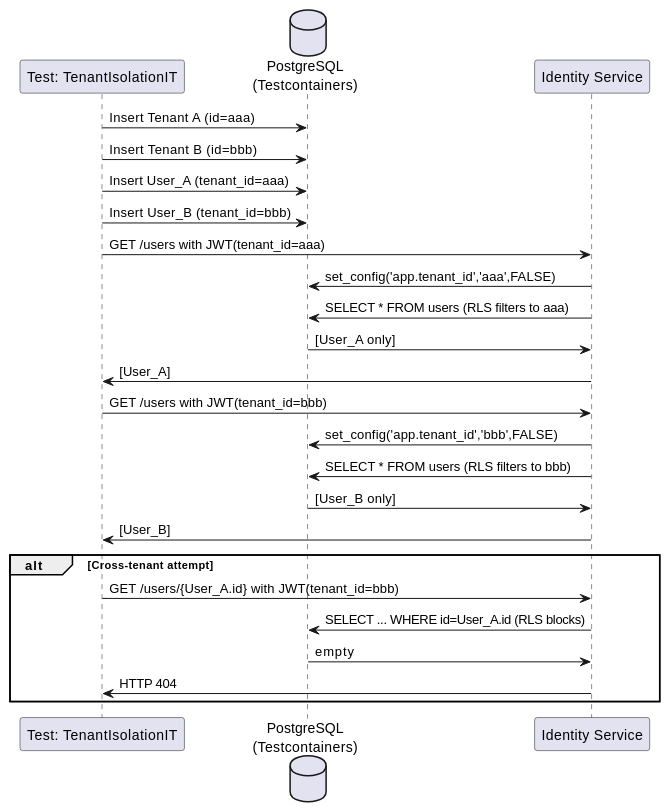
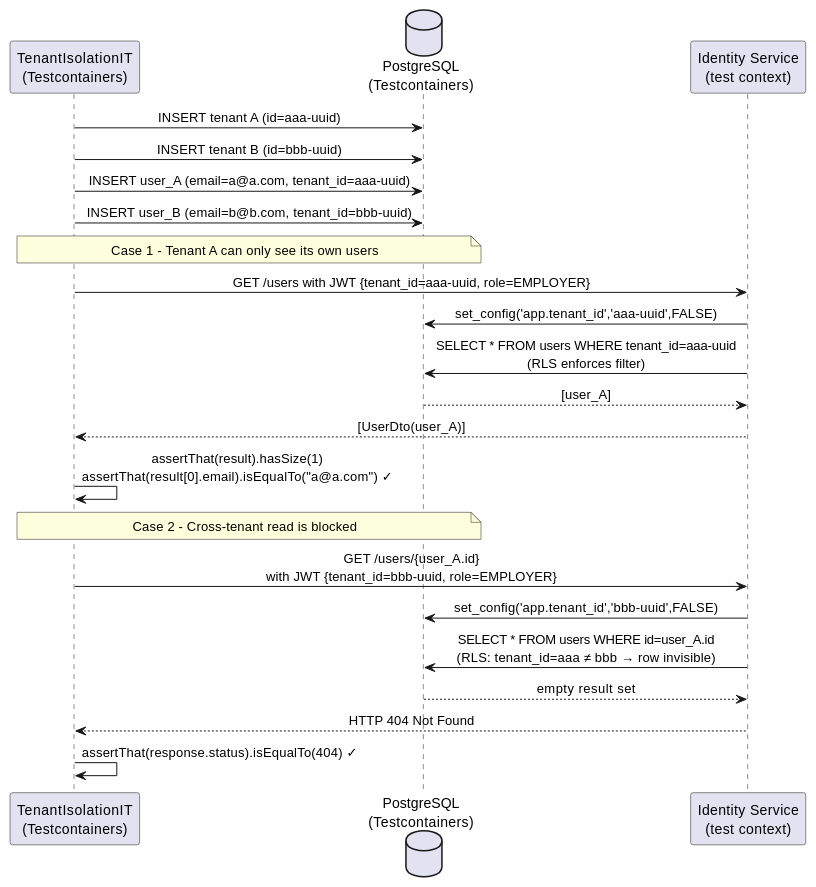
One commit to MohamedTrikii/PFA_CRM_ERP_Platform changed the third of 19 diagrams in docs/PFA_REPORT.md. Above: the diagram before and after it, drawn with PlantUML. The commit also changed other lines of this file and 150 other files, not shown here.

````diff
--- a/docs/PFA_REPORT.md
+++ b/docs/PFA_REPORT.md
@@ -477,31 +302,33 @@
 ```plantuml
 @startuml SD_TenantIsolation
-participant "Test: TenantIsolationIT" as TEST
+skinparam sequenceMessageAlign center
+
+participant "TenantIsolationIT\n(Testcontainers)" as TEST
 database "PostgreSQL\n(Testcontainers)" as DB
-participant "Identity Service" as IS
+participant "Identity Service\n(test context)" as IS
 
-TEST -> DB : Insert Tenant A (id=aaa)
-TEST -> DB : Insert Tenant B (id=bbb)
-TEST -> DB : Insert User_A (tenant_id=aaa)
-TEST -> DB : Insert User_B (tenant_id=bbb)
+TEST -> DB : INSERT tenant A (id=aaa-uuid)
+TEST -> DB : INSERT tenant B (id=bbb-uuid)
+TEST -> DB : INSERT user_A (email=a@a.com, tenant_id=aaa-uuid)
+TEST -> DB : INSERT user_B (email=b@b.com, tenant_id=bbb-uuid)
 
-TEST -> IS : GET /users with JWT(tenant_id=aaa)
-IS -> DB : set_config('app.tenant_id','aaa',FALSE)
-IS -> DB : SELECT * FROM users (RLS filters to aaa)
-DB -> IS : [User_A only]
-IS -> TEST : [User_A]
+note over TEST, DB : Case 1 – Tenant A can only see its own users
 
-TEST -> IS : GET /users with JWT(tenant_id=bbb)
-IS -> DB : set_config('app.tenant_id','bbb',FALSE)
-IS -> DB : SELECT * FROM users (RLS filters to bbb)
-DB -> IS : [User_B only]
-IS -> TEST : [User_B]
+TEST -> IS : GET /users with JWT {tenant_id=aaa-uuid, role=EMPLOYER}
+IS -> DB : set_config('app.tenant_id','aaa-uuid',FALSE)
+IS -> DB : SELECT * FROM users WHERE tenant_id=aaa-uuid\n(RLS enforces filter)
+DB --> IS : [user_A]
+IS --> TEST : [UserDto(user_A)]
+TEST -> TEST : assertThat(result).hasSize(1)\nassertThat(result[0].email).isEqualTo("a@a.com") ✓
 
-alt Cross-tenant attempt
-  TEST -> IS : GET /users/{User_A.id} with JWT(tenant_id=bbb)
-  IS -> DB : SELECT ... WHERE id=User_A.id (RLS blocks)
-  DB -> IS : empty
-  IS -> TEST : HTTP 404
-end
+note over TEST, DB : Case 2 – Cross-tenant read is blocked
+
+TEST -> IS : GET /users/{user_A.id}\nwith JWT {tenant_id=bbb-uuid, role=EMPLOYER}
+IS -> DB : set_config('app.tenant_id','bbb-uuid',FALSE)
+IS -> DB : SELECT * FROM users WHERE id=user_A.id\n(RLS: tenant_id=aaa ≠ bbb → row invisible)
+DB --> IS : empty result set
+IS --> TEST : HTTP 404 Not Found
+TEST -> TEST : assertThat(response.status).isEqualTo(404) ✓
+
 @enduml
 ```
````
